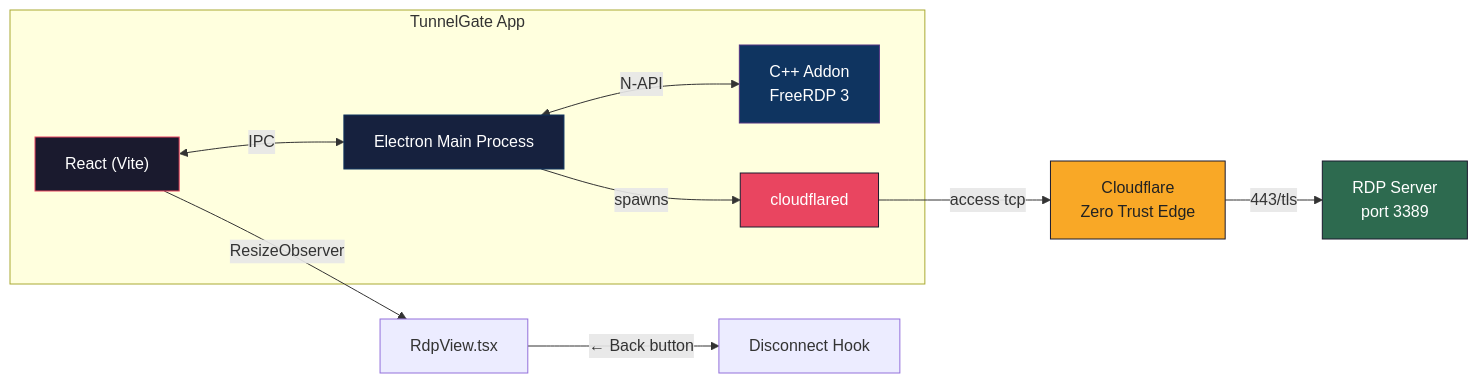
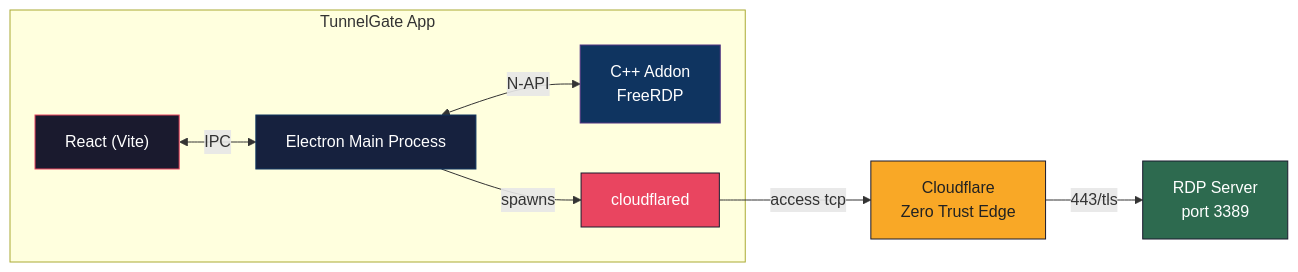
Before and after one commit to RandomKid24/tunnelgate: the first of 2 diagrams in README.md, drawn with Mermaid. The commit also changed other lines of this file and 19 other files, not shown here.

First line of the commit message:
feat!: v2.2.0 major overhaul - smoother RDP, async native, Mac keyboard, new README

````diff
--- a/README.md
+++ b/README.md
@@ -55,21 +86,18 @@
 ```mermaid
 flowchart LR
     subgraph App["TunnelGate App"]
         UI["React (Vite)"] <-->|IPC| Main["Electron Main Process"]
-        Main <-->|N-API| Native["C++ Addon<br/>FreeRDP 3"]
+        Main <-->|N-API| Native["C++ Addon<br/>FreeRDP"]
         Main -->|spawns| CT["cloudflared"]
     end
 
     CT -->|"access tcp"| CF["Cloudflare<br/>Zero Trust Edge"]
     CF -->|"443/tls"| Server["RDP Server<br/>port 3389"]
-
-    UI -->|"ResizeObserver"| Rdp["RdpView.tsx"]
-    Rdp -->|"← Back button"| Disc["Disconnect Hook"]
 
     style UI fill:#1a1a2e,stroke:#e94560,color:#fff
     style Main fill:#16213e,stroke:#0f3460,color:#fff
     style Native fill:#0f3460,stroke:#533483,color:#fff
     style CT fill:#e94560,stroke:#1a1a2e,color:#fff
     style CF fill:#f9a826,stroke:#1a1a2e,color:#222
     style Server fill:#2d6a4f,stroke:#1a1a2e,color:#fff
 ```
````
